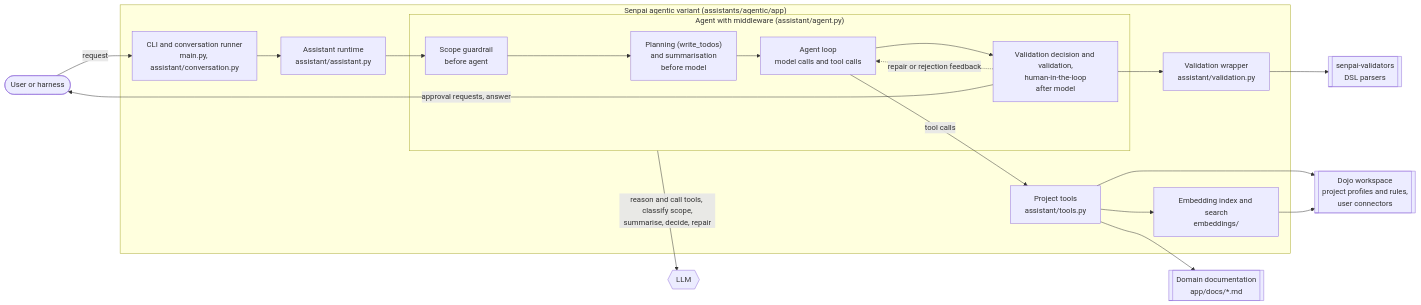
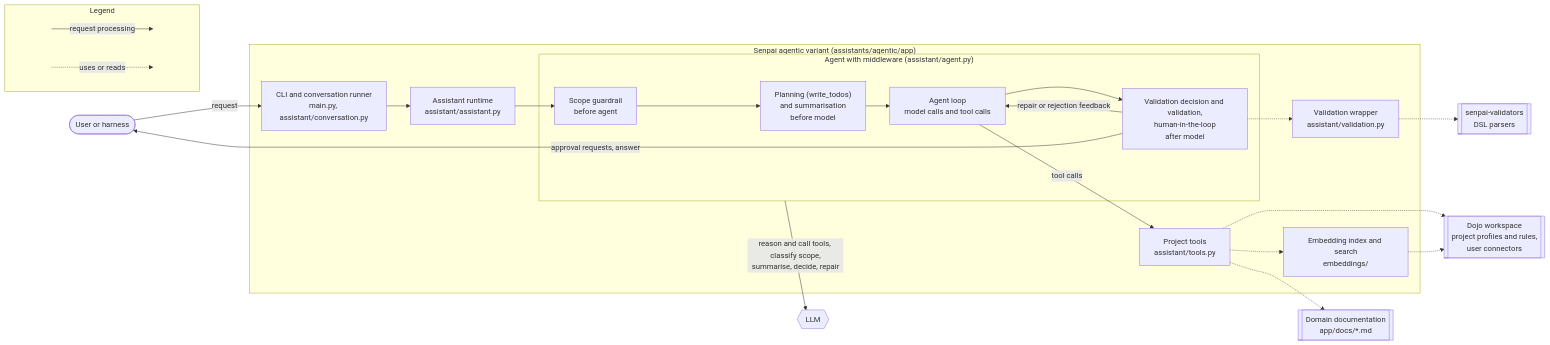
One commit to miso-booster/senpai-experiments changed the first of 2 diagrams in docs/architecture/agentic.md. Above: the diagram before and after it, drawn with Mermaid. The commit also changed 2 other files, not shown here.

Commit message:
Distinguish request flow from uses/reads arrows in the component views, with a legend

````diff
--- a/docs/architecture/agentic.md
+++ b/docs/architecture/agentic.md
@@ -9,32 +9,39 @@
 ```mermaid
 flowchart LR
     user([User or harness])
     subgraph senpai["Senpai agentic variant (assistants/agentic/app)"]
         cli["CLI and conversation runner<br/>main.py, assistant/conversation.py"]
         asst["Assistant runtime<br/>assistant/assistant.py"]
         subgraph agent["Agent with middleware (assistant/agent.py)"]
             guard["Scope guardrail<br/>before agent"]
             pre["Planning (write_todos)<br/>and summarisation<br/>before model"]
             loop["Agent loop<br/>model calls and tool calls"]
             post["Validation decision and validation,<br/>human-in-the-loop<br/>after model"]
             guard --> pre --> loop --> post
-            post -.->|repair or rejection feedback| loop
+            post -->|repair or rejection feedback| loop
         end
         tools["Project tools<br/>assistant/tools.py"]
         emb["Embedding index and search<br/>embeddings/"]
         val["Validation wrapper<br/>assistant/validation.py"]
     end
     llm{{"LLM"}}
     docs[["Domain documentation<br/>app/docs/*.md"]]
     ws[["Dojo workspace<br/>project profiles and rules,<br/>user connectors"]]
     pv[["senpai-validators<br/>DSL parsers"]]
 
     user -->|request| cli --> asst --> guard
     loop -->|tool calls| tools
-    tools --> docs
-    tools --> ws
-    tools --> emb --> ws
-    post --> val --> pv
+    tools -.-> docs
+    tools -.-> ws
+    tools -.-> emb -.-> ws
+    post -.-> val -.-> pv
     agent -->|"reason and call tools, classify scope,<br/>summarise, decide, repair"| llm
     post -->|"approval requests, answer"| user
+
+    subgraph legend["Legend"]
+        direction LR
+        la[" "]:::ghost -->|request processing| lb[" "]:::ghost
+        lc[" "]:::ghost -.->|uses or reads| ld[" "]:::ghost
+    end
+    classDef ghost fill:none,stroke:none
 ```
````
